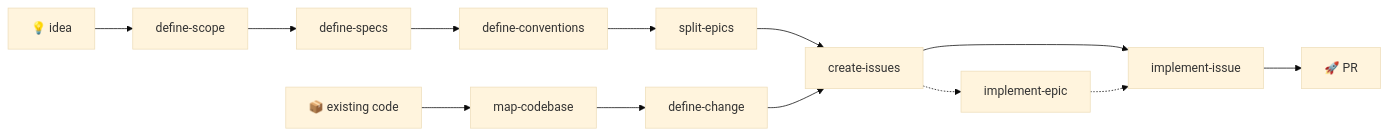
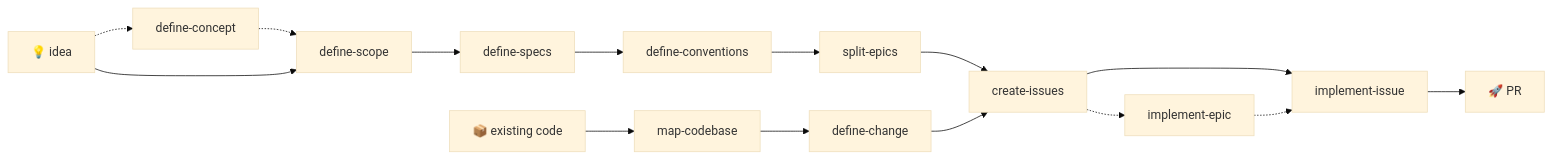
Before and after one commit to julienlegoux/skills: the diagram in README.md, drawn with Mermaid (base theme). The commit also changed other lines of this file and 7 other files, not shown here.

First line of the commit message:
feat: add define-concept, the stage upstream of define-scope

````diff
--- a/README.md
+++ b/README.md
@@ -18,17 +18,19 @@
 ```mermaid
 flowchart LR
-    A[💡 idea] --> B[define-scope]
+    A[💡 idea] -.-> A1[define-concept]
+    A1 -.-> B
+    A --> B[define-scope]
     B --> C[define-specs]
     C --> D[define-conventions]
     D --> E[split-epics]
 
     A2[📦 existing code] --> M[map-codebase]
     M --> N[define-change]
 
     E --> F[create-issues]
     N --> F
     F --> G[implement-issue]
     G --> H[🚀 PR]
     F -.-> I[implement-epic]
     I -.-> G
 ```
````
